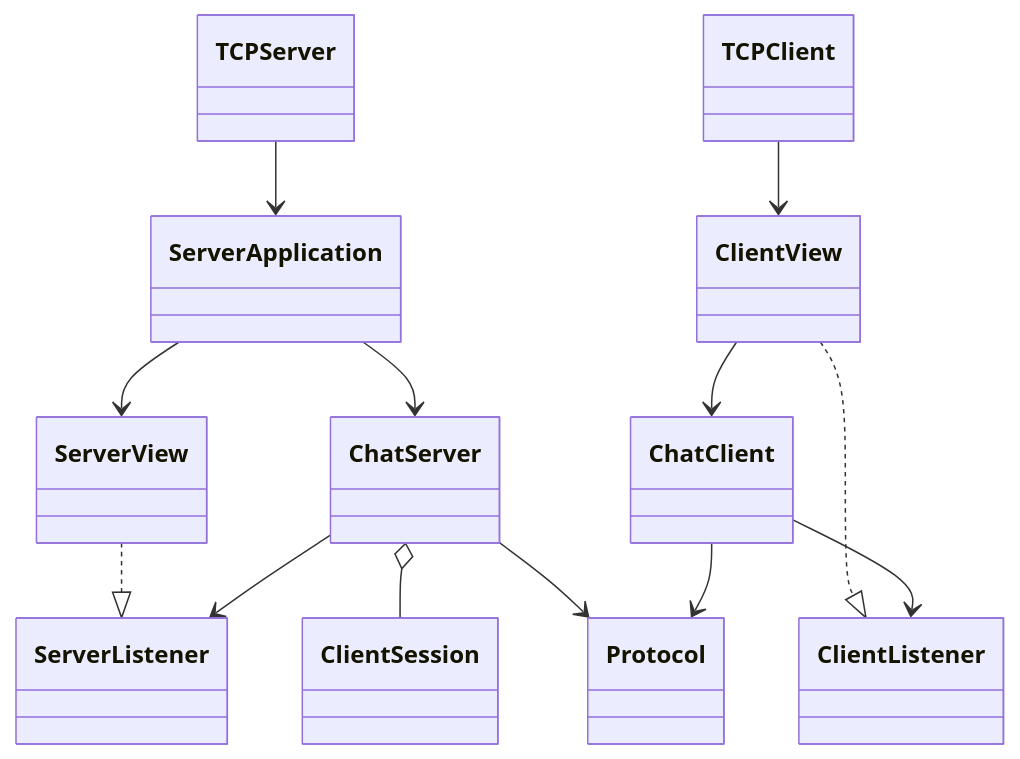
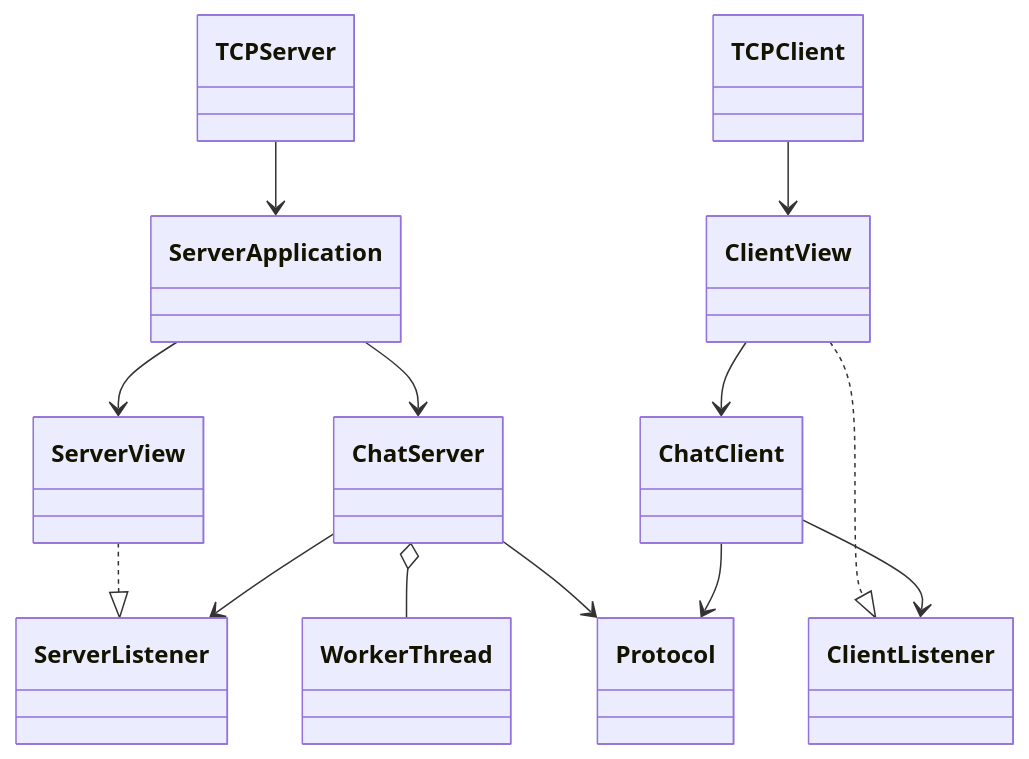
One commit to marwaerrahmani/paradigms-project1 changed the first of 2 diagrams in README.md. Above: the diagram before and after it, drawn with Mermaid. The commit also changed other lines of this file and 10 other files, not shown here.

First line of the commit message:
Use the course socket style for the chat server and client.

````diff
--- a/README.md
+++ b/README.md
@@ -129,27 +129,27 @@
 ```mermaid
 classDiagram
   class TCPServer
   class ServerApplication
   class ServerView
   class ChatServer
-  class ClientSession
+  class WorkerThread
   class ServerListener
   class TCPClient
   class ClientView
   class ChatClient
   class ClientListener
   class Protocol
 
   TCPServer --> ServerApplication
   ServerApplication --> ServerView
   ServerApplication --> ChatServer
   ServerView ..|> ServerListener
   ChatServer --> ServerListener
-  ChatServer o-- ClientSession
+  ChatServer o-- WorkerThread
   ChatServer --> Protocol
   TCPClient --> ClientView
   ClientView ..|> ClientListener
   ClientView --> ChatClient
   ChatClient --> ClientListener
   ChatClient --> Protocol
 ```
````
